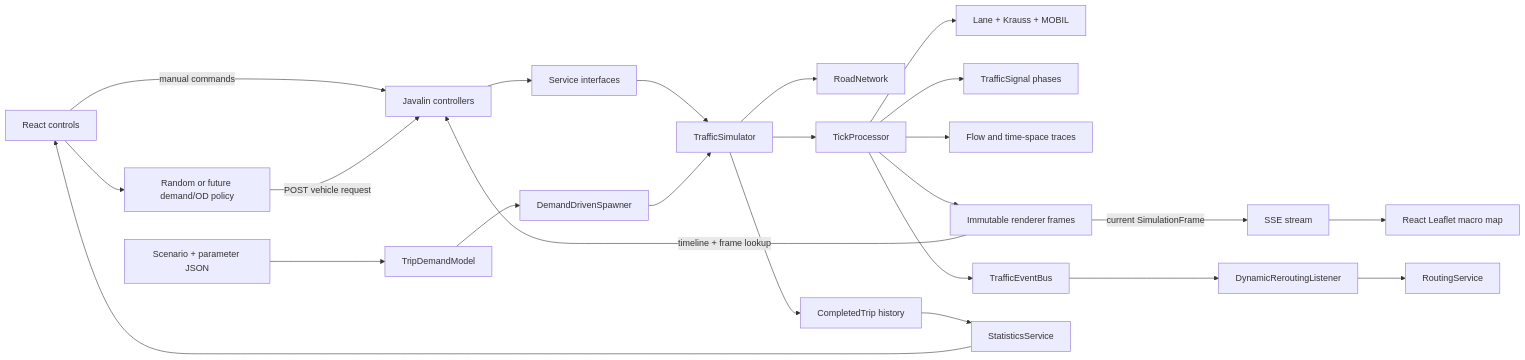
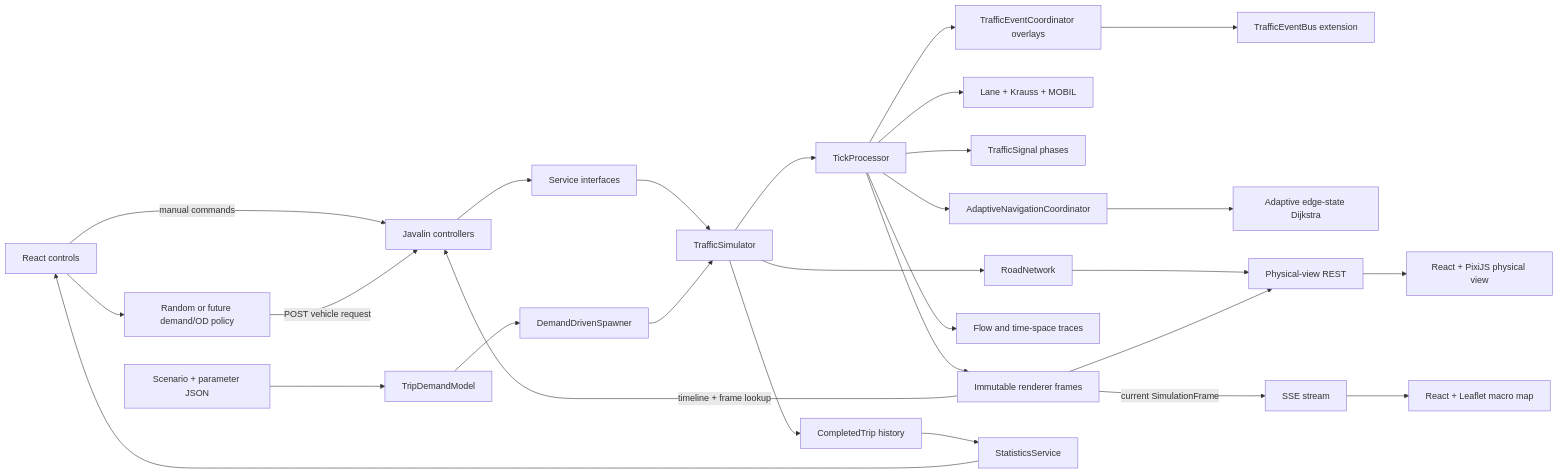
The diagram in docs/ARCHITECTURE.md (binhnguyenag07-ops/Traffic-Event-System), drawn with Mermaid before and after one commit. The commit also changed other lines of this file and 48 other files, not shown here.

````diff
--- a/docs/ARCHITECTURE.md
+++ b/docs/ARCHITECTURE.md
@@ -128,26 +166,30 @@
 ```mermaid
 flowchart LR
-    UI[React controls] -->|manual commands| API[Javalin controllers]
-    UI --> SpawnPolicy[Random or future demand/OD policy]
+    UI["React controls"] -->|manual commands| API["Javalin controllers"]
+    UI --> SpawnPolicy["Random or future demand/OD policy"]
     SpawnPolicy -->|POST vehicle request| API
-    API --> Services[Service interfaces]
-    Services --> Simulator[TrafficSimulator]
-    Scenario[Scenario + parameter JSON] --> Demand[TripDemandModel]
-    Demand --> Spawner[DemandDrivenSpawner]
+    API --> Services["Service interfaces"]
+    Services --> Simulator["TrafficSimulator"]
+    Scenario["Scenario + parameter JSON"] --> Demand["TripDemandModel"]
+    Demand --> Spawner["DemandDrivenSpawner"]
     Spawner --> Simulator
-    Simulator --> Graph[RoadNetwork]
-    Simulator --> Tick[TickProcessor]
-    Tick --> Dynamics[Lane + Krauss + MOBIL]
-    Tick --> Signals[TrafficSignal phases]
-    Tick --> Traces[Flow and time-space traces]
-    Tick --> Frames[Immutable renderer frames]
-    Tick --> Bus[TrafficEventBus]
-    Bus --> Reroute[DynamicReroutingListener]
-    Reroute --> Routing[RoutingService]
-    Frames -->|current SimulationFrame| SSE[SSE stream]
+    Simulator --> Graph["RoadNetwork"]
+    Simulator --> Tick["TickProcessor"]
+    Tick --> Dynamics["Lane + Krauss + MOBIL"]
+    Tick --> Signals["TrafficSignal phases"]
+    Tick --> Events["TrafficEventCoordinator overlays"]
+    Events --> Bus["TrafficEventBus extension"]
+    Tick --> Navigation["AdaptiveNavigationCoordinator"]
+    Navigation --> AdaptiveRouter["Adaptive edge-state Dijkstra"]
+    Tick --> Traces["Flow and time-space traces"]
+    Tick --> Frames["Immutable renderer frames"]
+    Frames -->|current SimulationFrame| SSE["SSE stream"]
     Frames -->|timeline + frame lookup| API
-    SSE --> Map[React Leaflet macro map]
-    Simulator --> Trips[CompletedTrip history]
-    Trips --> Stats[StatisticsService]
+    SSE --> Macro["React + Leaflet macro map"]
+    Graph --> PhysicalAPI["Physical-view REST"]
+    Frames --> PhysicalAPI
+    PhysicalAPI --> Physical["React + PixiJS physical view"]
+    Simulator --> Trips["CompletedTrip history"]
+    Trips --> Stats["StatisticsService"]
     Stats --> UI
 ```
````
